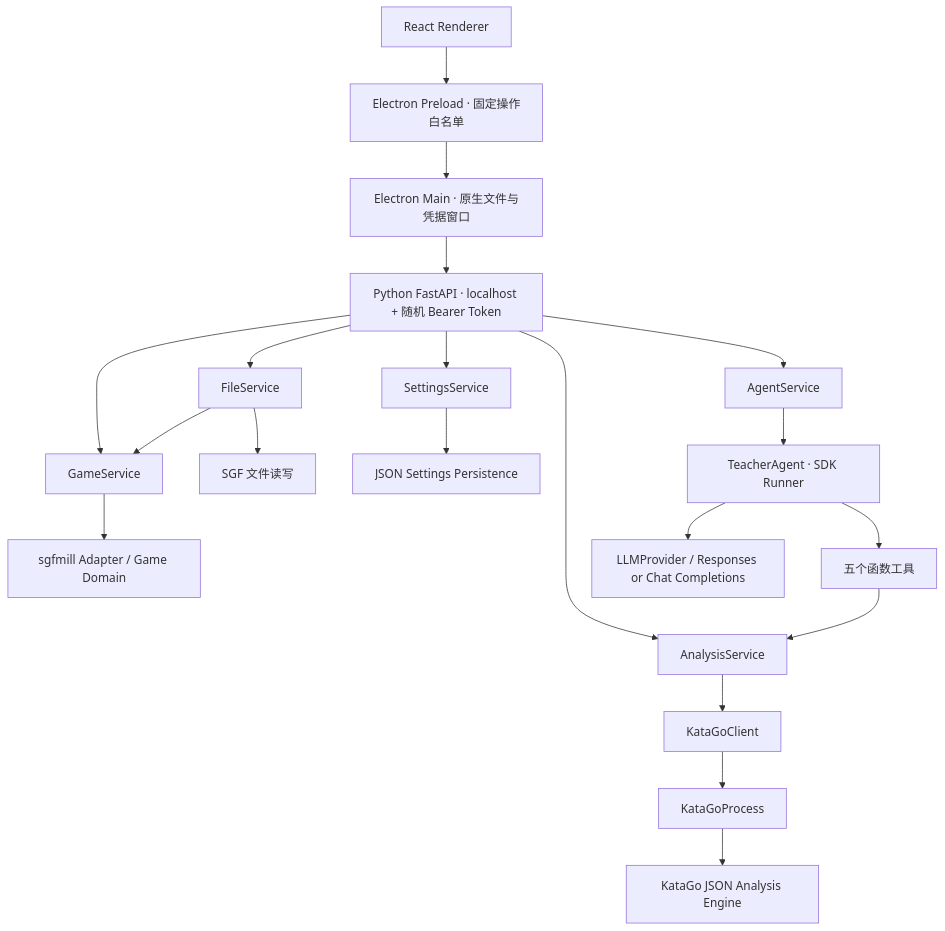
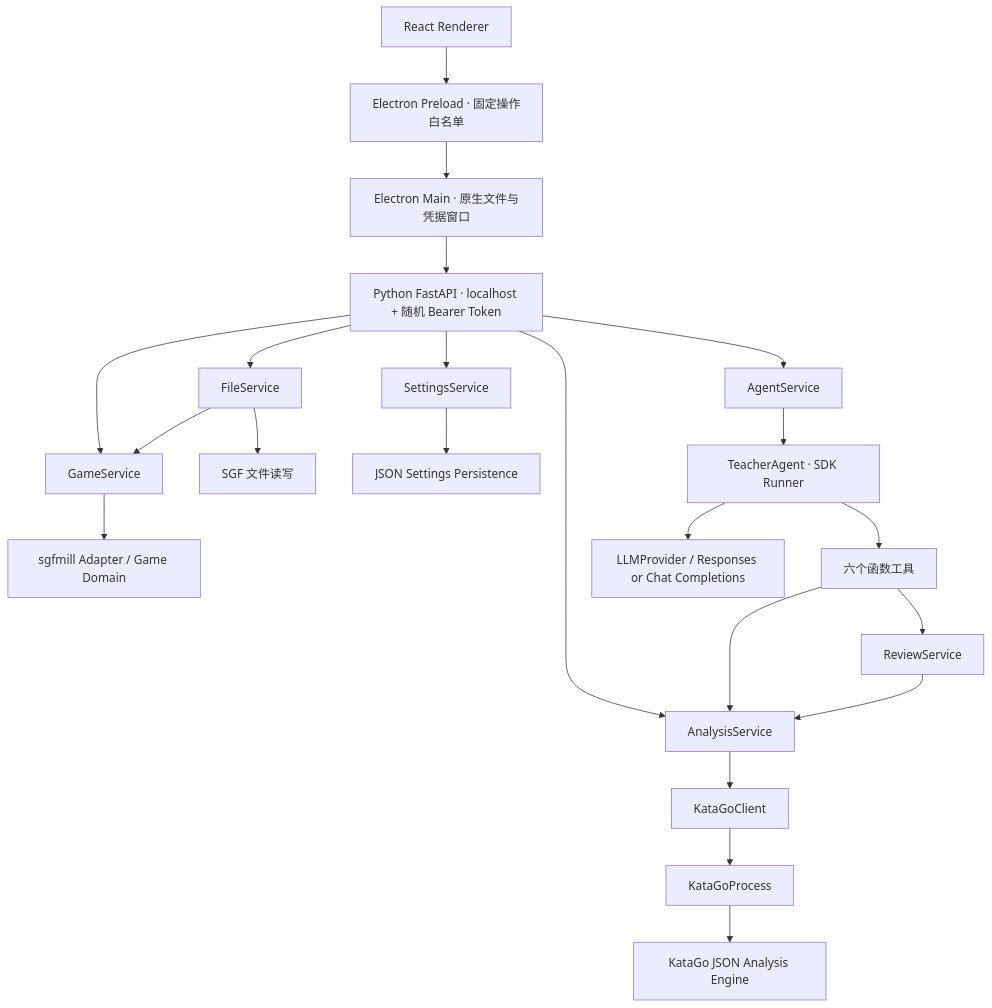
Before and after one commit to lelexia0131/LLMgo: the first of 2 diagrams in ARCHITECTURE.md, drawn with Mermaid. The commit also changed other lines of this file and 19 other files, not shown here.

````diff
--- a/ARCHITECTURE.md
+++ b/ARCHITECTURE.md
@@ -3,22 +3,24 @@
 ```mermaid
 flowchart TD
   Renderer[React Renderer] --> Preload[Electron Preload · 固定操作白名单]
   Preload --> Main[Electron Main · 原生文件与凭据窗口]
   Main --> API[Python FastAPI · localhost + 随机 Bearer Token]
   API --> Game[GameService]
   API --> Analysis[AnalysisService]
   API --> Agent[AgentService]
   API --> File[FileService]
   API --> Settings[SettingsService]
   Game --> SGF[sgfmill Adapter / Game Domain]
   File --> Game
   File --> Files[SGF 文件读写]
   Settings --> Persistence[JSON Settings Persistence]
   Agent --> Teacher[TeacherAgent · SDK Runner]
-  Teacher --> Tools[五个函数工具]
+  Teacher --> Tools[六个函数工具]
   Tools --> Analysis
+  Tools --> Review[ReviewService]
+  Review --> Analysis
   Analysis --> Client[KataGoClient]
   Client --> Process[KataGoProcess]
   Process --> Engine[KataGo JSON Analysis Engine]
   Teacher --> Provider[LLMProvider / Responses or Chat Completions]
 ```
````
